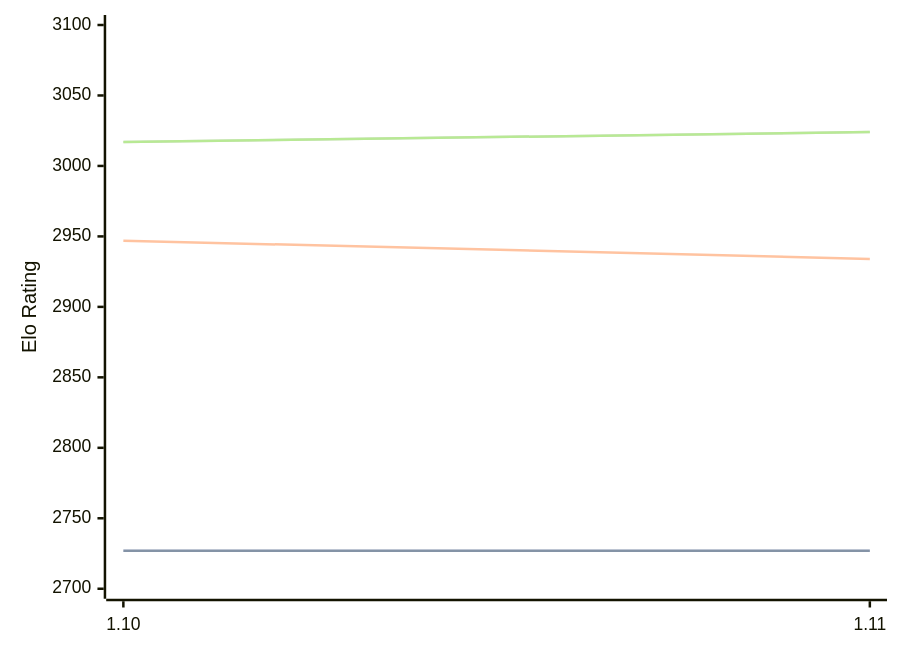
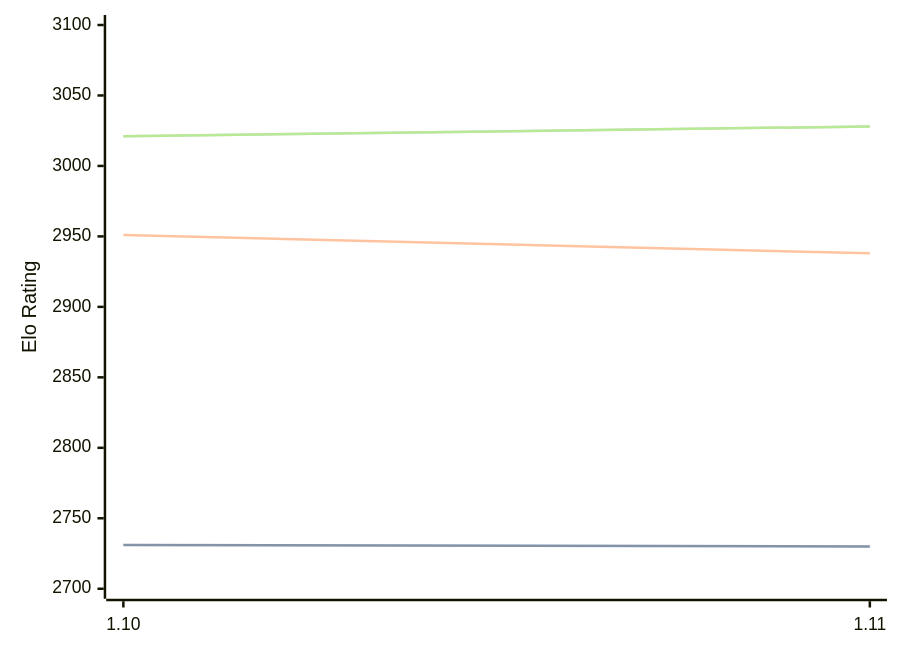
The diagram in engines/Roc.md (computer-chess-index/cci), drawn with Mermaid before and after one commit. The commit also changed other lines of this file, not shown here.

Commit message:
Update CCI Ratings (ELO VLTC) - 2026-08-18

````diff
--- a/engines/Roc.md
+++ b/engines/Roc.md
@@ -42,11 +42,11 @@
 ```mermaid
 %%{init: {"theme":"base","themeVariables":{"seriesColors:['#a3a3a3','#222221','#faa371']}}}%%
 xychart-beta
   x-axis ["1.10", "1.11"]
   y-axis "Elo Rating" 2700 --> 3100
-  line "STC (8.0+0.08s)" [2727, 2727]
-  line "STC (8.0+0.08s)" [2727, 2727]
-  line "LTC (60.0+0.60s)" [2947, 2934]
-  line "VLTC (2m24s+1.12s)" [3017, 3024]
-  line "VLTC (2m24s+1.12s)" [3017, 3024]
+  line "STC (8.0+0.08s)" [2731, 2730]
+  line "STC (8.0+0.08s)" [2731, 2730]
+  line "LTC (60.0+0.60s)" [2951, 2938]
+  line "VLTC (2m24s+1.12s)" [3021, 3028]
+  line "VLTC (2m24s+1.12s)" [3021, 3028]
 ```
````
